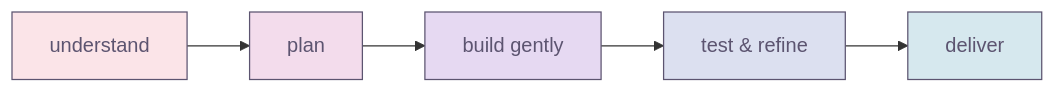
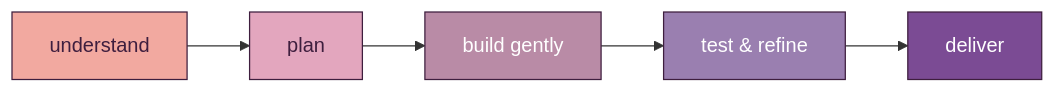
One commit to cherry5231/cherry5231 changed the diagram in README.md. Above: the diagram before and after it, drawn with Mermaid. The commit also changed other lines of this file, not shown here.

````diff
--- a/README.md
+++ b/README.md
@@ -131,13 +123,13 @@
 ```mermaid
 graph LR
     A[understand] --> B[plan]
     B --> C[build gently]
     C --> D[test & refine]
     D --> E[deliver]
 
-    style A fill:#FBE4E8,stroke:#5C5470,stroke-width:1px,color:#5C5470
-    style B fill:#F3DCEC,stroke:#5C5470,stroke-width:1px,color:#5C5470
-    style C fill:#E6D9F2,stroke:#5C5470,stroke-width:1px,color:#5C5470
-    style D fill:#DCE0F0,stroke:#5C5470,stroke-width:1px,color:#5C5470
-    style E fill:#D6E8EE,stroke:#5C5470,stroke-width:1px,color:#5C5470
+    style A fill:#F2A9A0,stroke:#3E1E3E,stroke-width:1px,color:#3E1E3E
+    style B fill:#E3A6BE,stroke:#3E1E3E,stroke-width:1px,color:#3E1E3E
+    style C fill:#B98BA6,stroke:#3E1E3E,stroke-width:1px,color:#fff
+    style D fill:#9A7FB0,stroke:#3E1E3E,stroke-width:1px,color:#fff
+    style E fill:#7B4B94,stroke:#3E1E3E,stroke-width:1px,color:#fff
 ```
````
